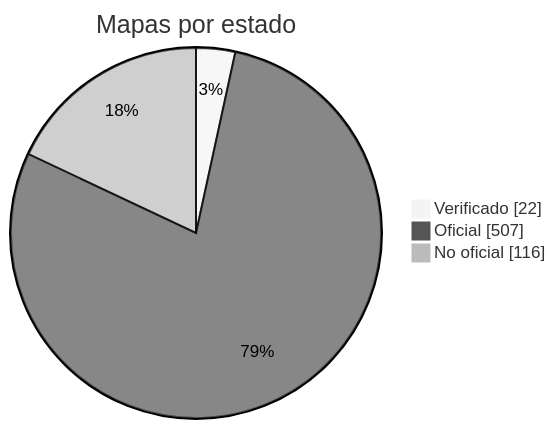
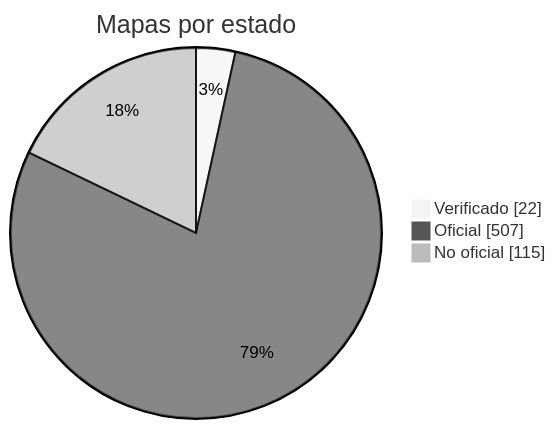
The diagram in docs/readme/README_ES.md (nobrega8/mbmap-library), drawn with Mermaid (neutral theme) before and after one commit. The commit also changed 6 other files, not shown here.

````diff
--- a/docs/readme/README_ES.md
+++ b/docs/readme/README_ES.md
@@ -54,7 +54,7 @@
 ```mermaid
 pie showData
     title Mapas por estado
     "Verificado" : 22
     "Oficial" : 507
-    "No oficial" : 116
+    "No oficial" : 115
 ```
````
